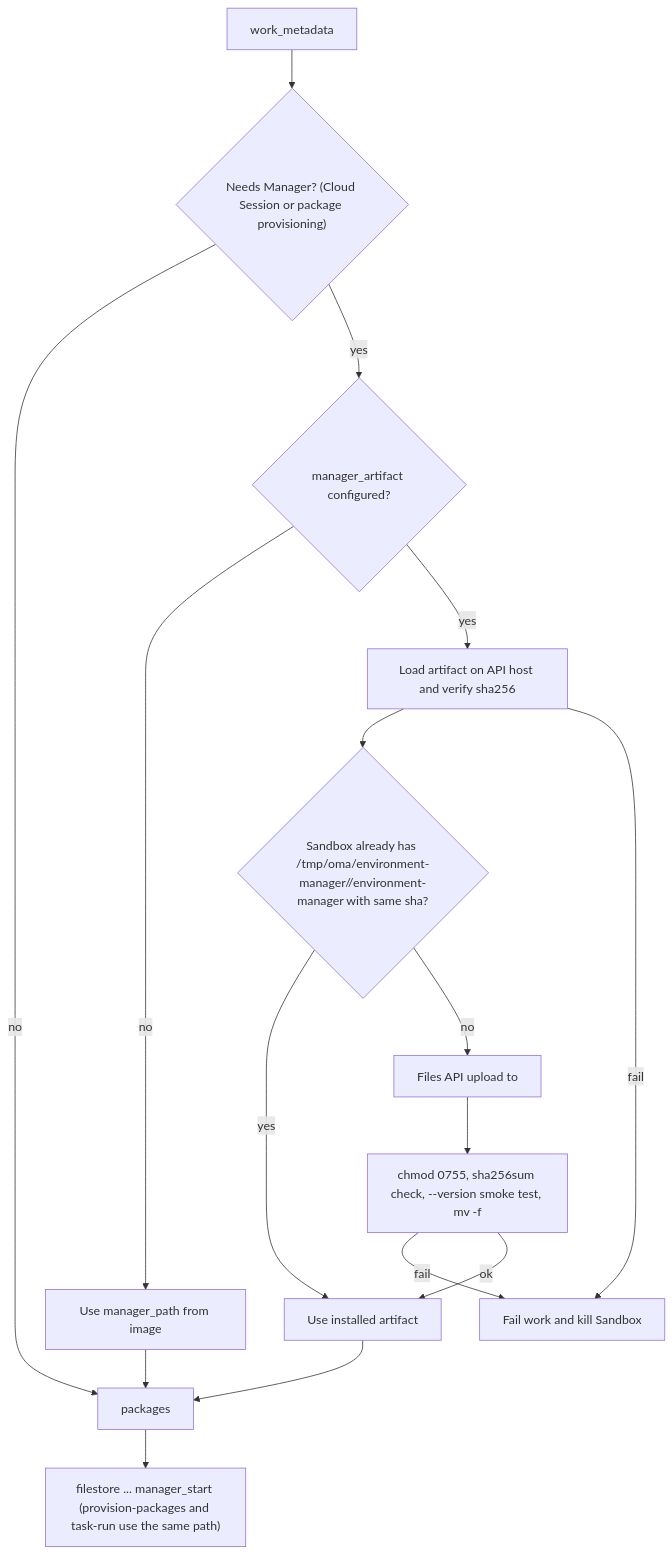
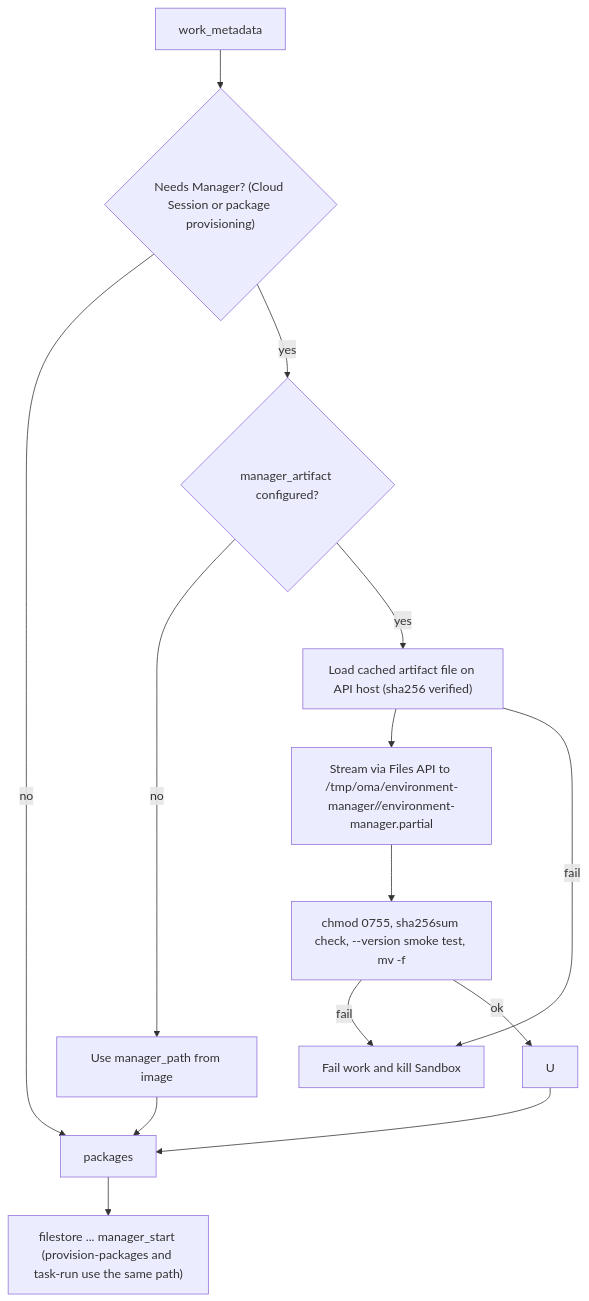
Before and after one commit to superduck-ai/open-managed-agents: the second of 3 diagrams in docs/design/be/e2b-sandbox-image-contract.md, drawn with Mermaid. The commit also changed other lines of this file and 14 other files, not shown here.

````diff
--- a/docs/design/be/e2b-sandbox-image-contract.md
+++ b/docs/design/be/e2b-sandbox-image-contract.md
@@ -65,18 +67,16 @@
 ```mermaid
 flowchart TD
     W["work_metadata"] --> N{"Needs Manager? (Cloud Session or package provisioning)"}
     N -->|no| P["packages"]
     N -->|yes| C{"manager_artifact configured?"}
     C -->|no| I["Use manager_path from image"]
-    C -->|yes| L["Load artifact on API host and verify sha256"]
-    L --> Q{"Sandbox already has /tmp/oma/environment-manager/<sha>/environment-manager with same sha?"}
-    Q -->|yes| U["Use installed artifact"]
-    Q -->|no| S["Files API upload to <path>.partial"]
+    C -->|yes| L["Load cached artifact file on API host (sha256 verified)"]
+    L --> S["Stream via Files API to /tmp/oma/environment-manager/<sha>/environment-manager.partial"]
     S --> A["chmod 0755, sha256sum check, --version smoke test, mv -f"]
     A -->|fail| F["Fail work and kill Sandbox"]
     A -->|ok| U
     L -->|fail| F
     I --> P
     U --> P
     P --> R["filestore ... manager_start (provision-packages and task-run use the same path)"]
 ```
````
